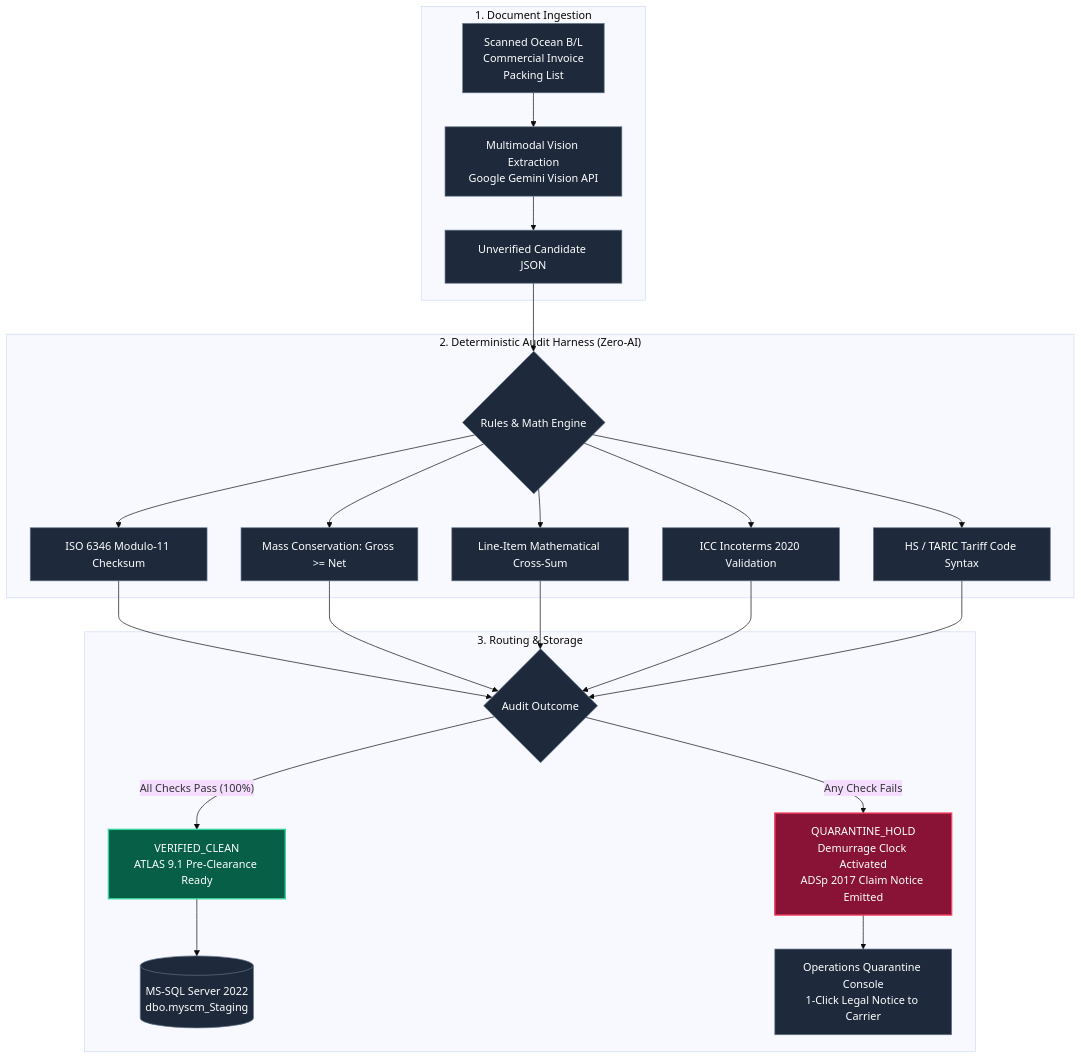
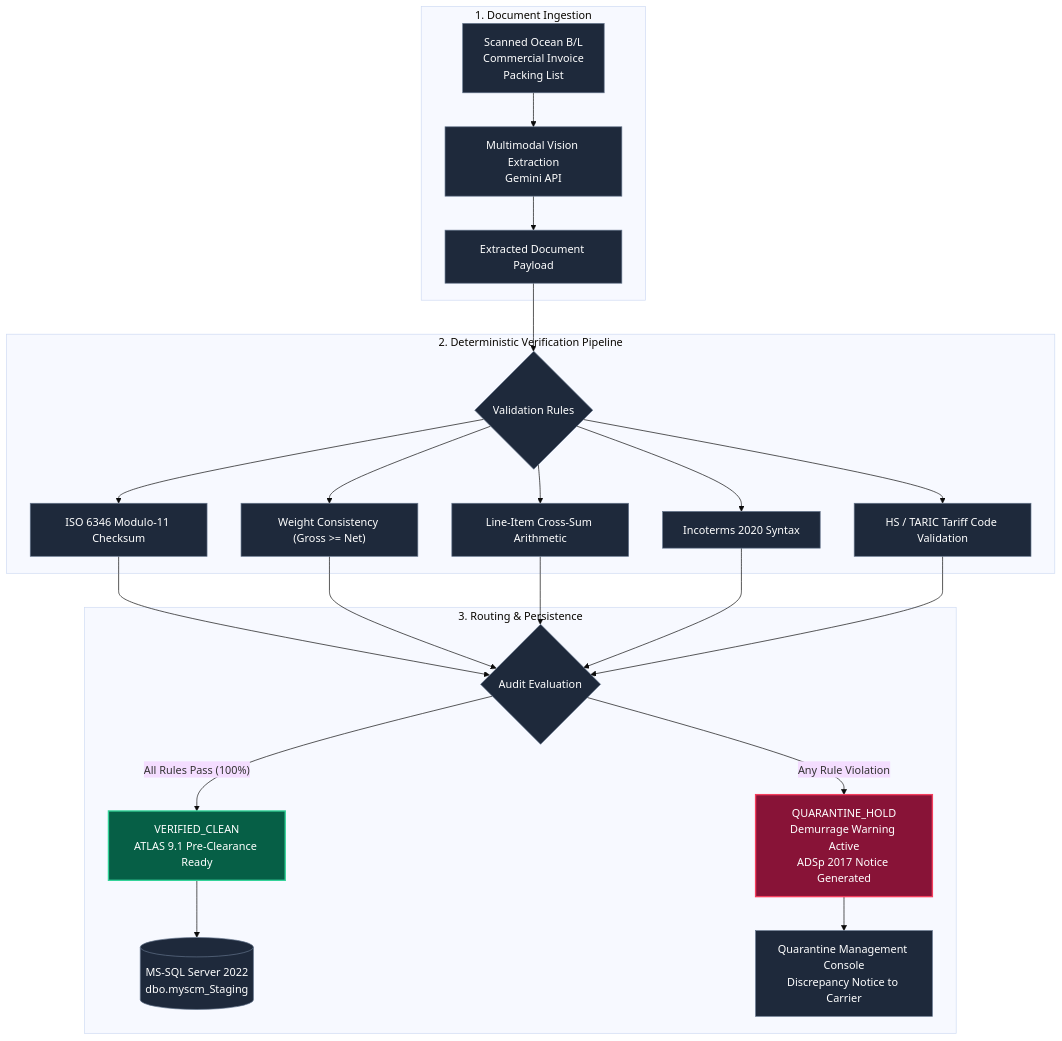
The diagram in README.md (AllenFletcherAI/Haulitz), drawn with Mermaid (base theme) before and after one commit. The commit also changed other lines of this file and 5 other files, not shown here.

````diff
--- a/README.md
+++ b/README.md
@@ -38,35 +37,35 @@
 ```mermaid
 flowchart TD
     subgraph INTAKE["1. Document Ingestion"]
-        A["Scanned Ocean B/L<br/>Commercial Invoice<br/>Packing List"] --> B["Multimodal Vision Extraction<br/>Google Gemini Vision API"]
-        B --> C["Unverified Candidate JSON"]
+        A["Scanned Ocean B/L<br/>Commercial Invoice<br/>Packing List"] --> B["Multimodal Vision Extraction<br/>Gemini API"]
+        B --> C["Extracted Document Payload"]
     end
 
-    subgraph STEELCAGE["2. Deterministic Audit Harness (Zero-AI)"]
-        C --> D{"Rules & Math Engine"}
+    subgraph VALIDATION["2. Deterministic Verification Pipeline"]
+        C --> D{"Validation Rules"}
         D --> D1["ISO 6346 Modulo-11 Checksum"]
-        D --> D2["Mass Conservation: Gross >= Net"]
-        D --> D3["Line-Item Mathematical Cross-Sum"]
-        D --> D4["ICC Incoterms 2020 Validation"]
-        D --> D5["HS / TARIC Tariff Code Syntax"]
+        D --> D2["Weight Consistency (Gross >= Net)"]
+        D --> D3["Line-Item Cross-Sum Arithmetic"]
+        D --> D4["Incoterms 2020 Syntax"]
+        D --> D5["HS / TARIC Tariff Code Validation"]
     end
 
-    subgraph DISPATCH["3. Routing & Storage"]
-        D1 --> DECISION{"Audit Outcome"}
+    subgraph DISPATCH["3. Routing & Persistence"]
+        D1 --> DECISION{"Audit Evaluation"}
         D2 --> DECISION
         D3 --> DECISION
         D4 --> DECISION
         D5 --> DECISION
-        DECISION -->|"All Checks Pass (100%)"| E["VERIFIED_CLEAN<br/>ATLAS 9.1 Pre-Clearance Ready"]
-        DECISION -->|"Any Check Fails"| F["QUARANTINE_HOLD<br/>Demurrage Clock Activated<br/>ADSp 2017 Claim Notice Emitted"]
+        DECISION -->|"All Rules Pass (100%)"| E["VERIFIED_CLEAN<br/>ATLAS 9.1 Pre-Clearance Ready"]
+        DECISION -->|"Any Rule Violation"| F["QUARANTINE_HOLD<br/>Demurrage Warning Active<br/>ADSp 2017 Notice Generated"]
         E --> G[("MS-SQL Server 2022<br/>dbo.myscm_Staging")]
-        F --> H["Operations Quarantine Console<br/>1-Click Legal Notice to Carrier"]
+        F --> H["Quarantine Management Console<br/>Discrepancy Notice to Carrier"]
     end
 
     classDef clean fill:#065f46,stroke:#34d399,stroke-width:2px,color:#fff;
     classDef hold fill:#881337,stroke:#f43f5e,stroke-width:2px,color:#fff;
     classDef core fill:#1e293b,stroke:#64748b,stroke-width:1px,color:#fff;
     class E clean;
     class F hold;
     class A,B,C,D,D1,D2,D3,D4,D5,DECISION,G,H core;
 ```
````
